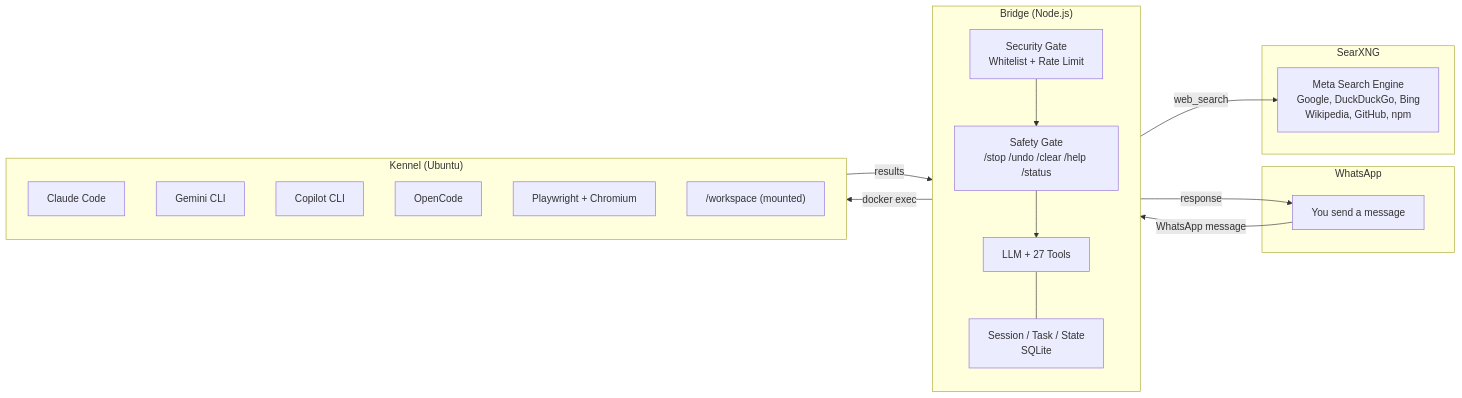
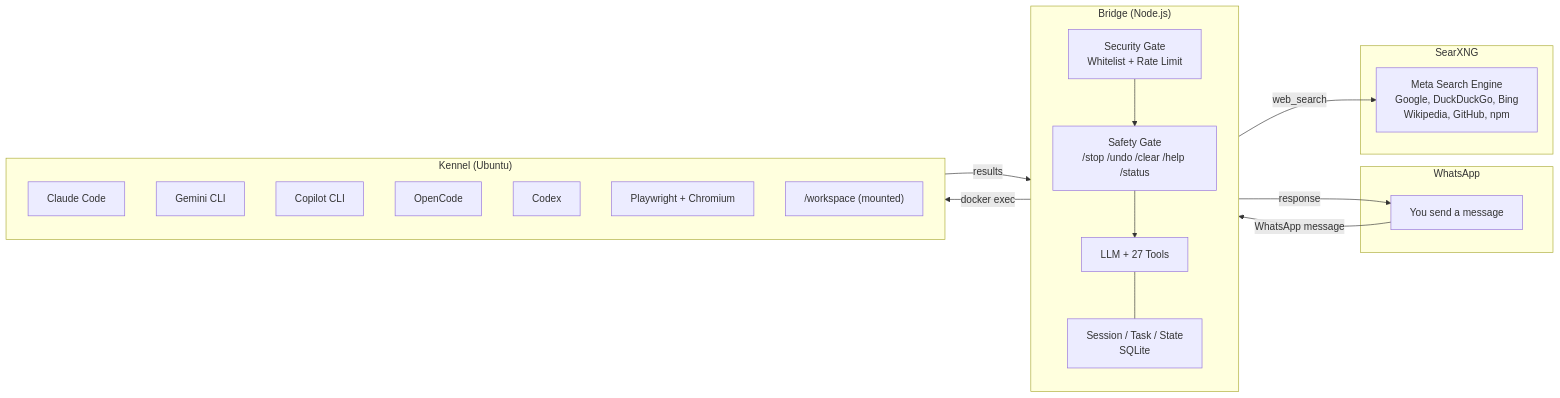
Before and after one commit to Traves-Theberge/Fetch: the diagram in README.md, drawn with Mermaid. The commit also changed other lines of this file and 28 other files, not shown here.

````diff
--- a/README.md
+++ b/README.md
@@ -41,36 +41,37 @@
 ```mermaid
 flowchart LR
     subgraph WhatsApp
         User["You send a message"]
     end
 
     subgraph Bridge["Bridge (Node.js)"]
         direction TB
         Security["Security Gate\nWhitelist + Rate Limit"]
         Safety["Safety Gate\n/stop /undo /clear /help /status"]
         LLM["LLM + 27 Tools"]
         State["Session / Task / State\nSQLite"]
         Security --> Safety --> LLM
         LLM --- State
     end
 
     subgraph Kennel["Kennel (Ubuntu)"]
         direction TB
         Claude["Claude Code"]
         Gemini["Gemini CLI"]
         Copilot["Copilot CLI"]
         OpenCode["OpenCode"]
+        Codex["Codex"]
         Playwright["Playwright + Chromium"]
         Workspace["/workspace (mounted)"]
     end
 
     subgraph Search["SearXNG"]
         SearX["Meta Search Engine\nGoogle, DuckDuckGo, Bing\nWikipedia, GitHub, npm"]
     end
 
     User -->|"WhatsApp message"| Security
     LLM -->|"docker exec"| Kennel
     LLM -->|"web_search"| SearX
     Kennel -->|"results"| LLM
     LLM -->|"response"| User
 ```
````
